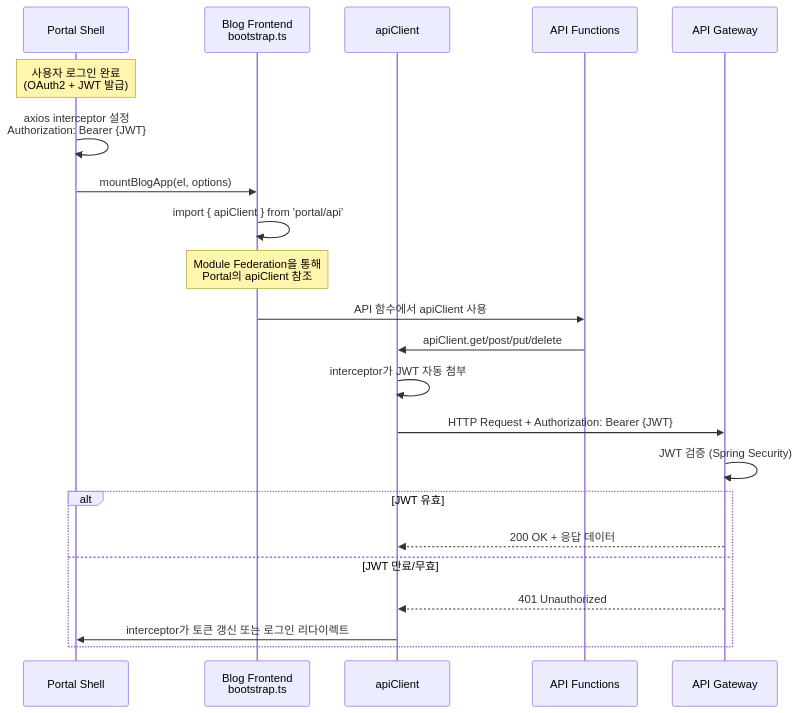
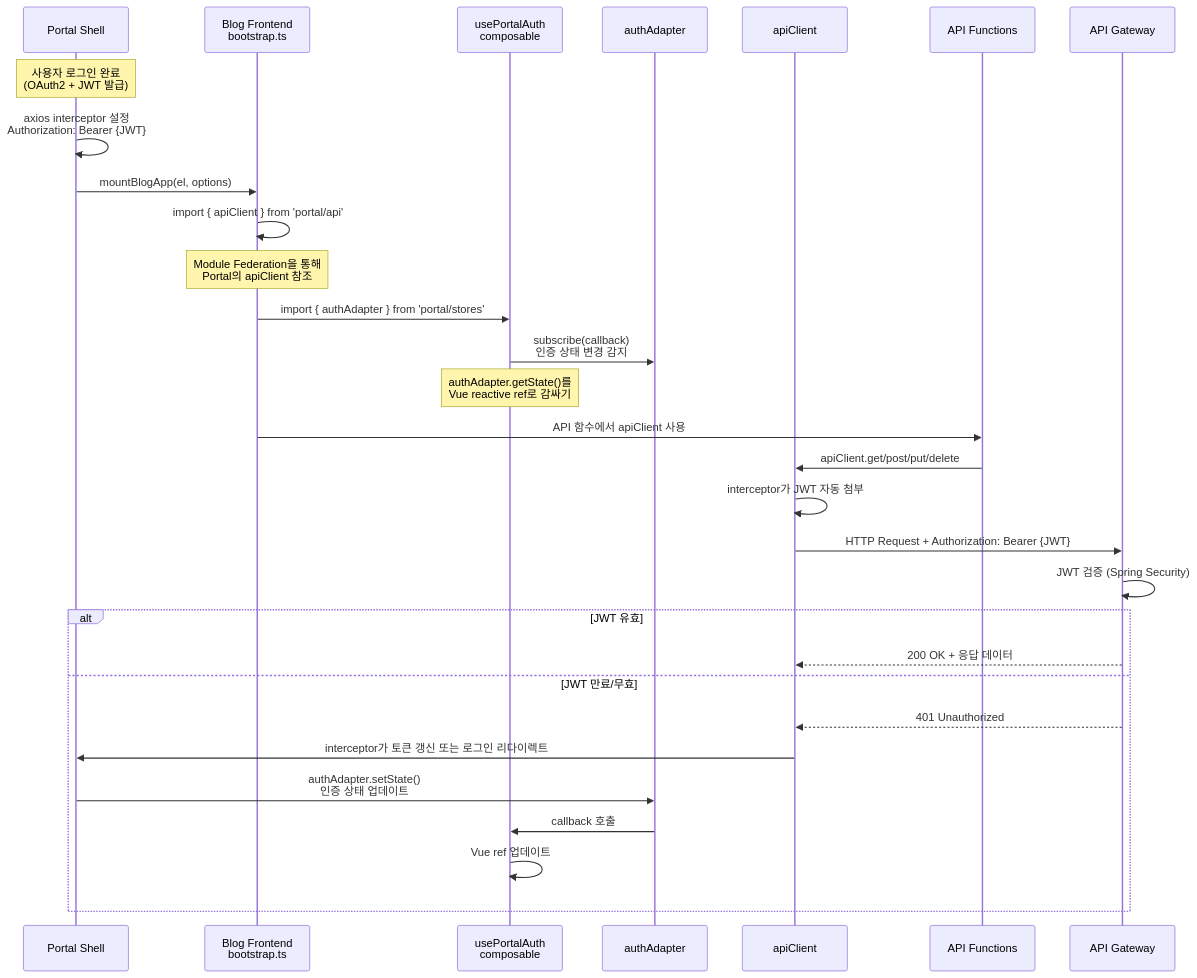
Diagram 11 of 13 in docs/architecture/blog-frontend/data-flow.md (L-a-z-e/portal-universe), drawn with Mermaid before and after one commit. The commit also changed other lines of this file and 3 other files, not shown here.

First line of the commit message:
docs(blog-frontend): update architecture docs for usePortalAuth and add ADR-042

````diff
--- a/docs/architecture/blog-frontend/data-flow.md
+++ b/docs/architecture/blog-frontend/data-flow.md
@@ -400,27 +400,35 @@
 ```mermaid
 sequenceDiagram
     participant PS as Portal Shell
     participant BS as Blog Frontend<br/>bootstrap.ts
+    participant UPA as usePortalAuth<br/>composable
+    participant AA as authAdapter
     participant AC as apiClient
     participant API as API Functions
     participant GW as API Gateway
 
     Note over PS: 사용자 로그인 완료<br/>(OAuth2 + JWT 발급)
     PS->>PS: axios interceptor 설정<br/>Authorization: Bearer {JWT}
     PS->>BS: mountBlogApp(el, options)
     BS->>BS: import { apiClient } from 'portal/api'
     Note over BS: Module Federation을 통해<br/>Portal의 apiClient 참조
+    BS->>UPA: import { authAdapter } from 'portal/stores'
+    UPA->>AA: subscribe(callback)<br/>인증 상태 변경 감지
+    Note over UPA: authAdapter.getState()를<br/>Vue reactive ref로 감싸기
 
     BS->>API: API 함수에서 apiClient 사용
     API->>AC: apiClient.get/post/put/delete
     AC->>AC: interceptor가 JWT 자동 첨부
     AC->>GW: HTTP Request + Authorization: Bearer {JWT}
     GW->>GW: JWT 검증 (Spring Security)
 
     alt JWT 유효
         GW-->>AC: 200 OK + 응답 데이터
     else JWT 만료/무효
         GW-->>AC: 401 Unauthorized
         AC->>PS: interceptor가 토큰 갱신 또는 로그인 리다이렉트
+        PS->>AA: authAdapter.setState()<br/>인증 상태 업데이트
+        AA->>UPA: callback 호출
+        UPA->>UPA: Vue ref 업데이트
     end
 ```
````
